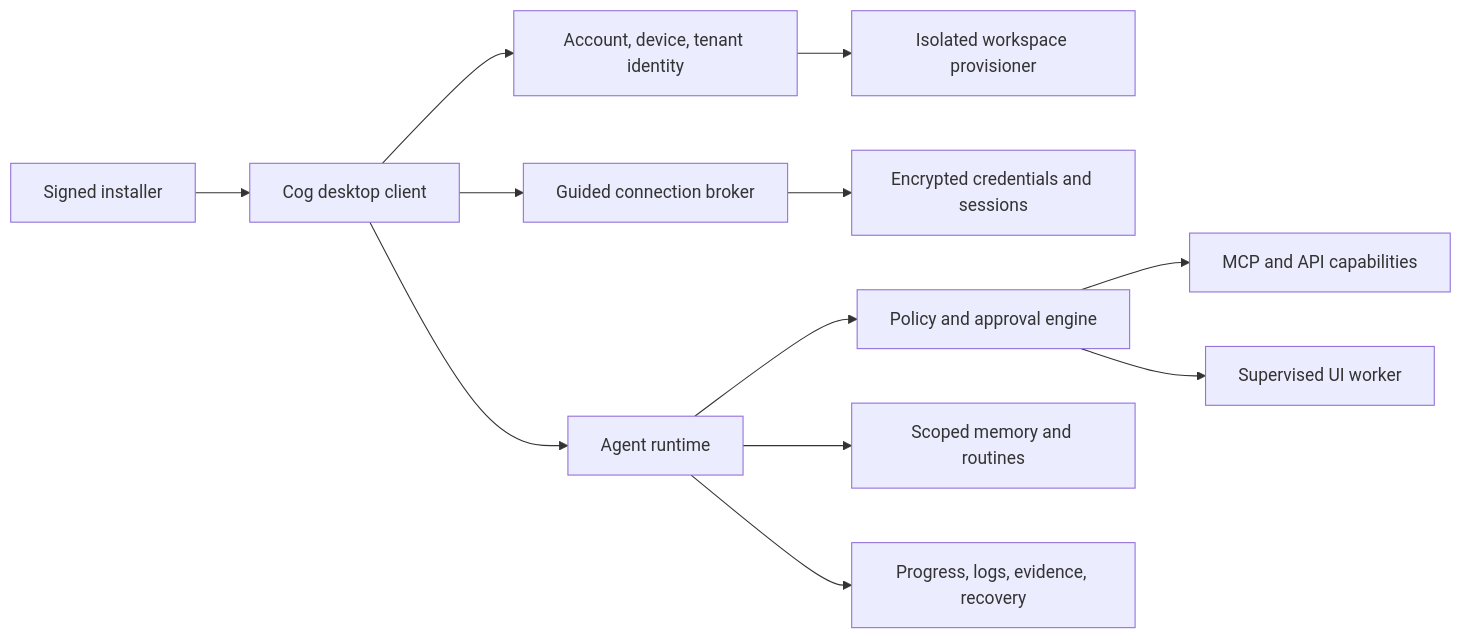
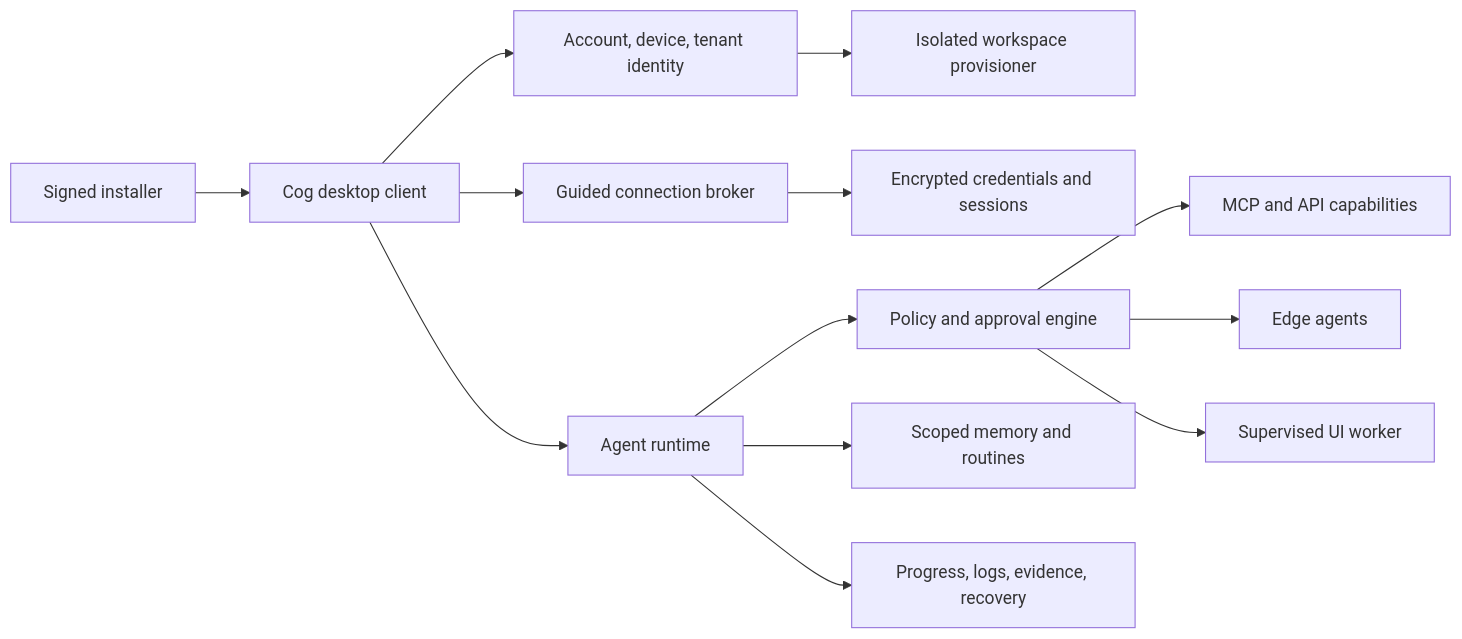
Before and after one commit to impactworks-dev/impactworks-ai-workforce-mcp: the diagram in docs/cog-onboarding.md, drawn with Mermaid. The commit also changed other lines of this file and 3 other files, not shown here.

Commit message:
Add Cog Workforce Harness roadmap

````diff
--- a/docs/cog-onboarding.md
+++ b/docs/cog-onboarding.md
@@ -93,14 +97,15 @@
 ```mermaid
 flowchart LR
     Installer["Signed installer"] --> Client["Cog desktop client"]
     Client --> Identity["Account, device, tenant identity"]
     Identity --> Provisioner["Isolated workspace provisioner"]
     Client --> Connections["Guided connection broker"]
     Connections --> Vault["Encrypted credentials and sessions"]
     Client --> Runtime["Agent runtime"]
     Runtime --> Policy["Policy and approval engine"]
     Policy --> MCP["MCP and API capabilities"]
+    Policy --> Edge["Edge agents"]
     Policy --> UI["Supervised UI worker"]
     Runtime --> Memory["Scoped memory and routines"]
     Runtime --> Evidence["Progress, logs, evidence, recovery"]
 ```
````
